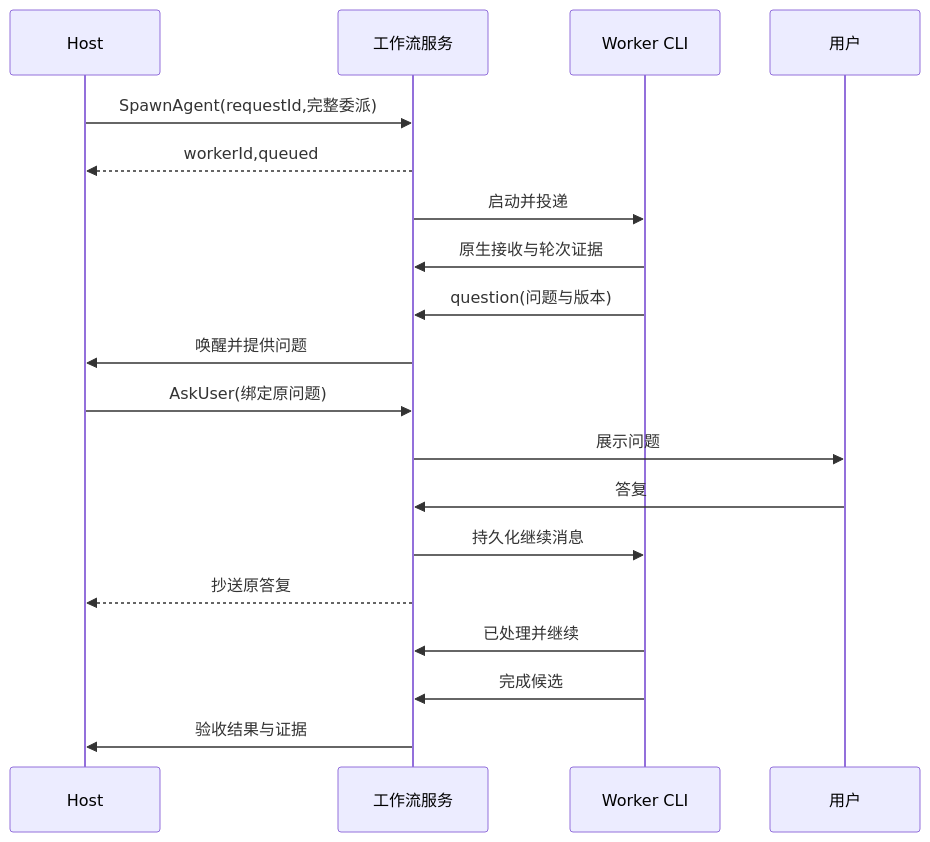
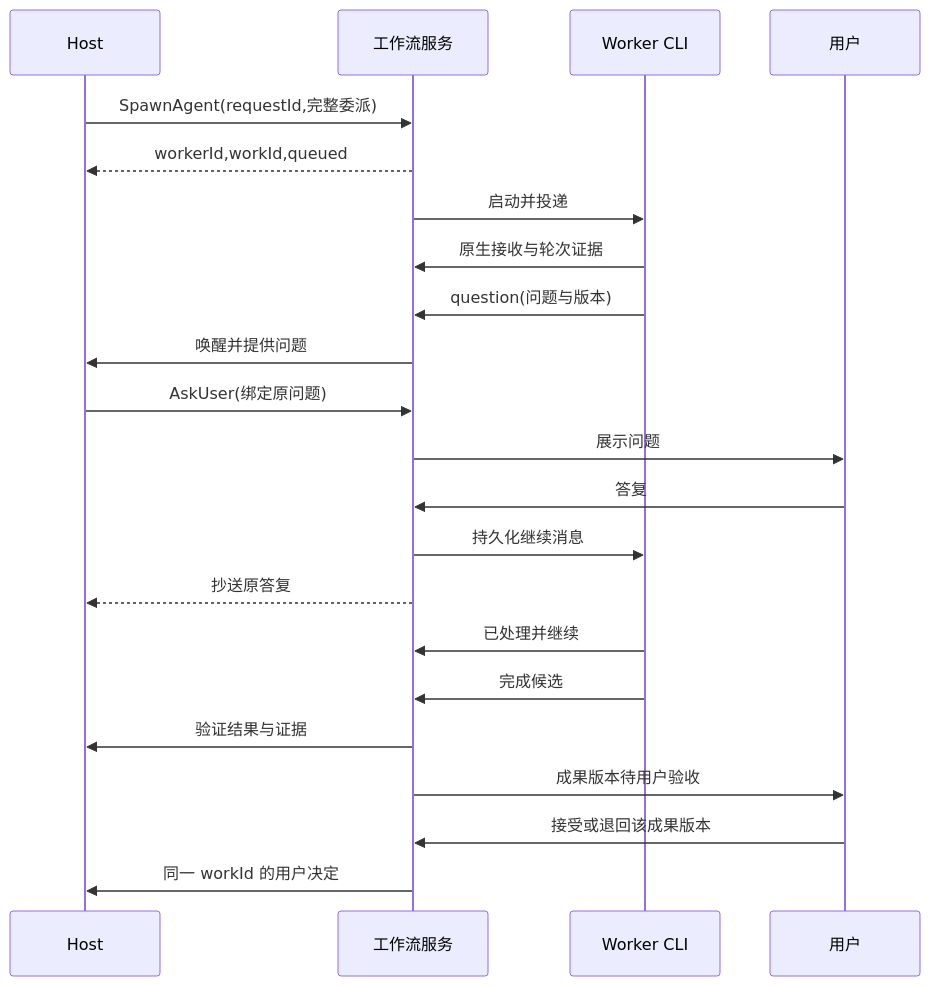
The diagram in docs/plans/workflow-v1/03-host-and-messaging.md (AhakeyAI/ahastation), drawn with Mermaid before and after one commit. The commit also changed other lines of this file and 7 other files, not shown here.

````diff
--- a/docs/plans/workflow-v1/03-host-and-messaging.md
+++ b/docs/plans/workflow-v1/03-host-and-messaging.md
@@ -92,21 +97,24 @@
 ```mermaid
 sequenceDiagram
   participant H as Host
   participant S as 工作流服务
   participant W as Worker CLI
   participant U as 用户
   H->>S: SpawnAgent(requestId,完整委派)
-  S-->>H: workerId,queued
+  S-->>H: workerId,workId,queued
   S->>W: 启动并投递
   W->>S: 原生接收与轮次证据
   W->>S: question(问题与版本)
   S->>H: 唤醒并提供问题
   H->>S: AskUser(绑定原问题)
   S->>U: 展示问题
   U->>S: 答复
   S->>W: 持久化继续消息
   S-->>H: 抄送原答复
   W->>S: 已处理并继续
   W->>S: 完成候选
-  S->>H: 验收结果与证据
+  S->>H: 验证结果与证据
+  S->>U: 成果版本待用户验收
+  U->>S: 接受或退回该成果版本
+  S->>H: 同一 workId 的用户决定
 ```
````
